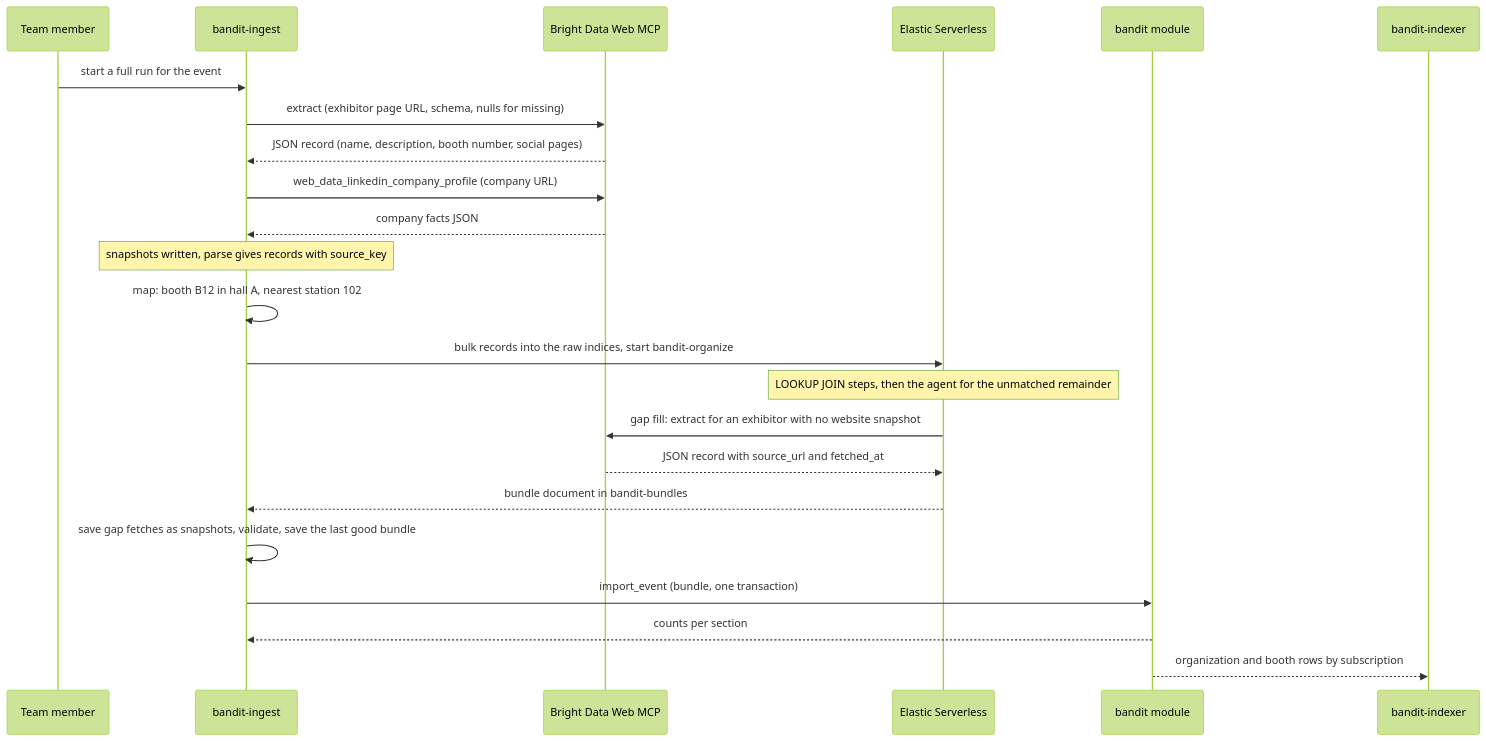
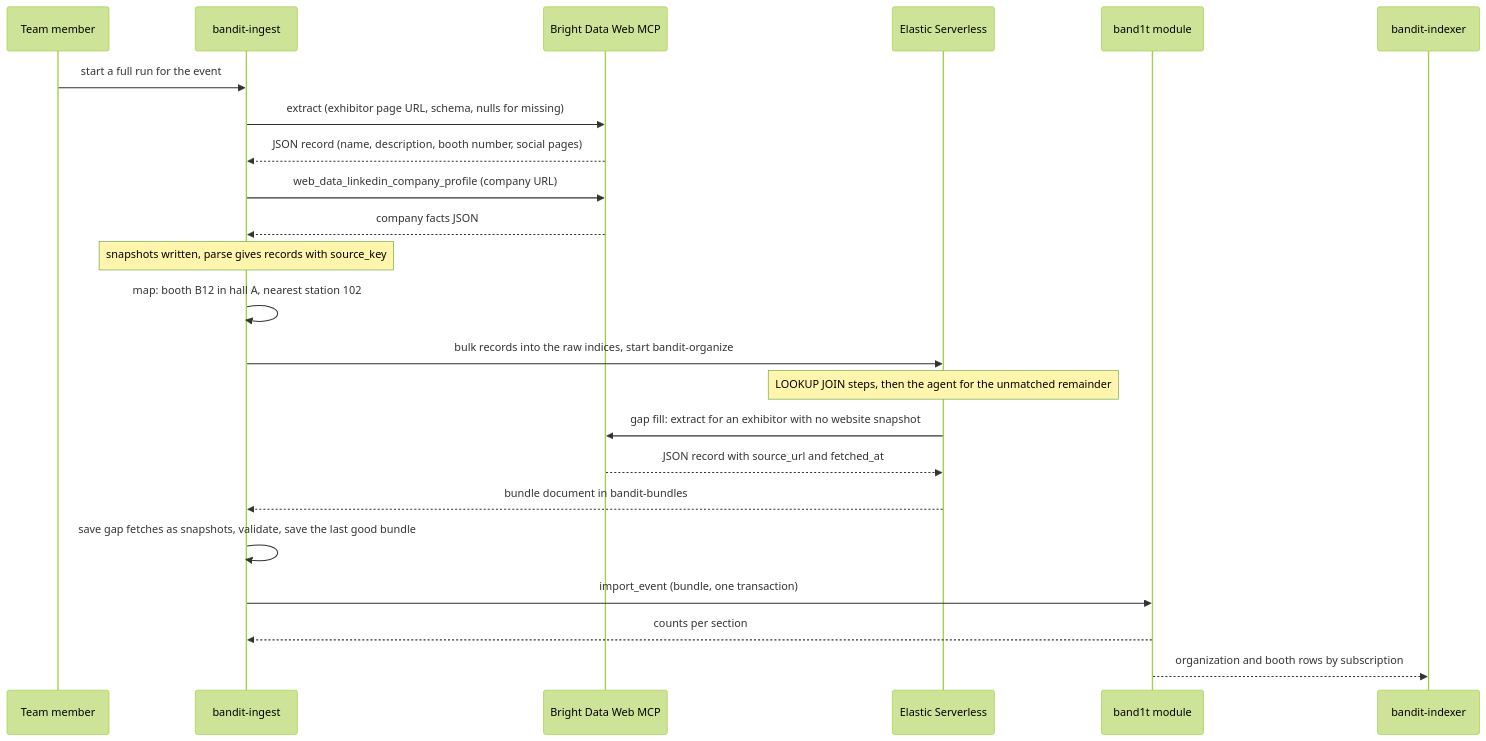
The fourth of 4 diagrams in System Design/7-integrations/BrightData.md (viktorinkov/cal-hacks-13), drawn with Mermaid (forest theme) before and after one commit. The commit also changed other lines of this file and 21 other files, not shown here.

````diff
--- a/System Design/7-integrations/BrightData.md
+++ b/System Design/7-integrations/BrightData.md
@@ -255,25 +255,25 @@
 ```mermaid
 sequenceDiagram
   participant OP as Team member
   participant ING as bandit-ingest
   participant BD as Bright Data Web MCP
   participant ES as Elastic Serverless
-  participant STDB as bandit module
+  participant STDB as band1t module
   participant IDX as bandit-indexer
   OP->>ING: start a full run for the event
   ING->>BD: extract (exhibitor page URL, schema, nulls for missing)
   BD-->>ING: JSON record (name, description, booth number, social pages)
   ING->>BD: web_data_linkedin_company_profile (company URL)
   BD-->>ING: company facts JSON
   Note over ING: snapshots written, parse gives records with source_key
   ING->>ING: map: booth B12 in hall A, nearest station 102
   ING->>ES: bulk records into the raw indices, start bandit-organize
   Note over ES: LOOKUP JOIN steps, then the agent for the unmatched remainder
   ES->>BD: gap fill: extract for an exhibitor with no website snapshot
   BD-->>ES: JSON record with source_url and fetched_at
   ES-->>ING: bundle document in bandit-bundles
   ING->>ING: save gap fetches as snapshots, validate, save the last good bundle
   ING->>STDB: import_event (bundle, one transaction)
   STDB-->>ING: counts per section
   STDB-->>IDX: organization and booth rows by subscription
 ```
````
